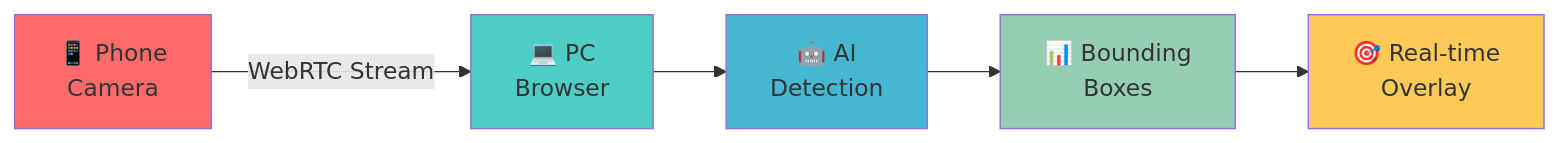
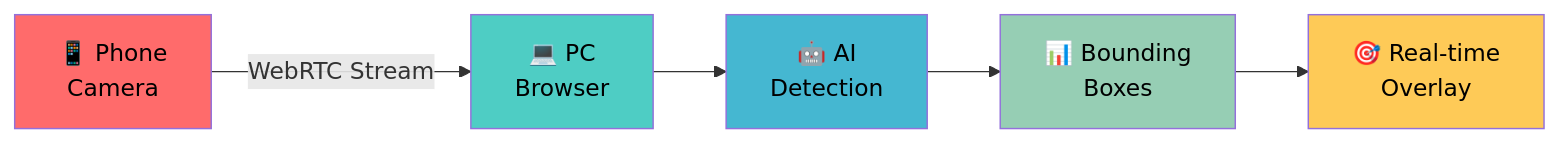
One commit to Srinidhi-070/webrtc-vlm-detection changed the diagram in README.md. Above: the diagram before and after it, drawn with Mermaid.

````diff
--- a/README.md
+++ b/README.md
@@ -50,13 +50,19 @@
 ```mermaid
 graph LR
-    A[📱 Phone<br>Camera] -->|WebRTC Stream| B[💻 PC<br>Browser]
-    B --> C[🤖 AI<br>Detection]
-    C --> D[📊 Bounding<br>Boxes]
-    D --> E[🎯 Real-time<br>Overlay]
+    A[📱 Phone<br>Camera]
+    B[💻 PC<br>Browser]
+    C[🤖 AI<br>Detection]
+    D[📊 Bounding<br>Boxes]
+    E[🎯 Real-time<br>Overlay]
 
-    style A fill:#ff6b6b
-    style B fill:#4ecdc4
-    style C fill:#45b7d1
-    style D fill:#96ceb4
-    style E fill:#feca57
+    A -->|WebRTC Stream| B
+    B --> C
+    C --> D
+    D --> E
+
+    style A fill:#ff6b6b,color:#000
+    style B fill:#4ecdc4,color:#000
+    style C fill:#45b7d1,color:#000
+    style D fill:#96ceb4,color:#000
+    style E fill:#feca57,color:#000
 ```
````
